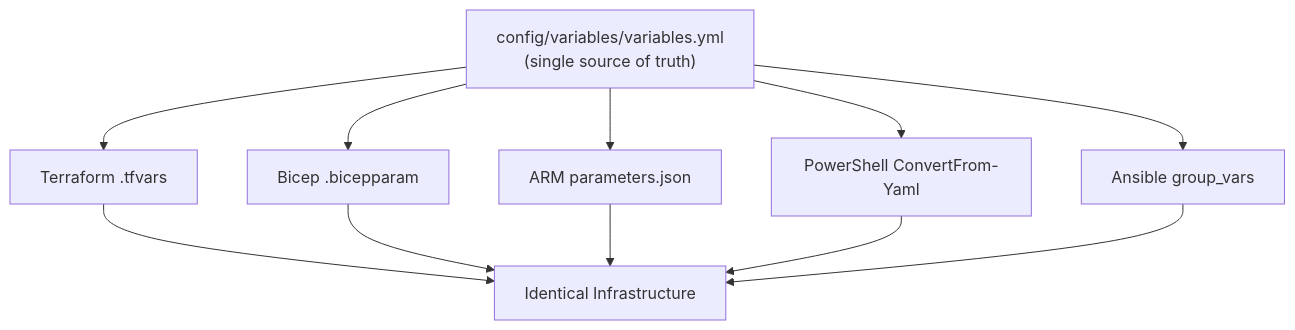
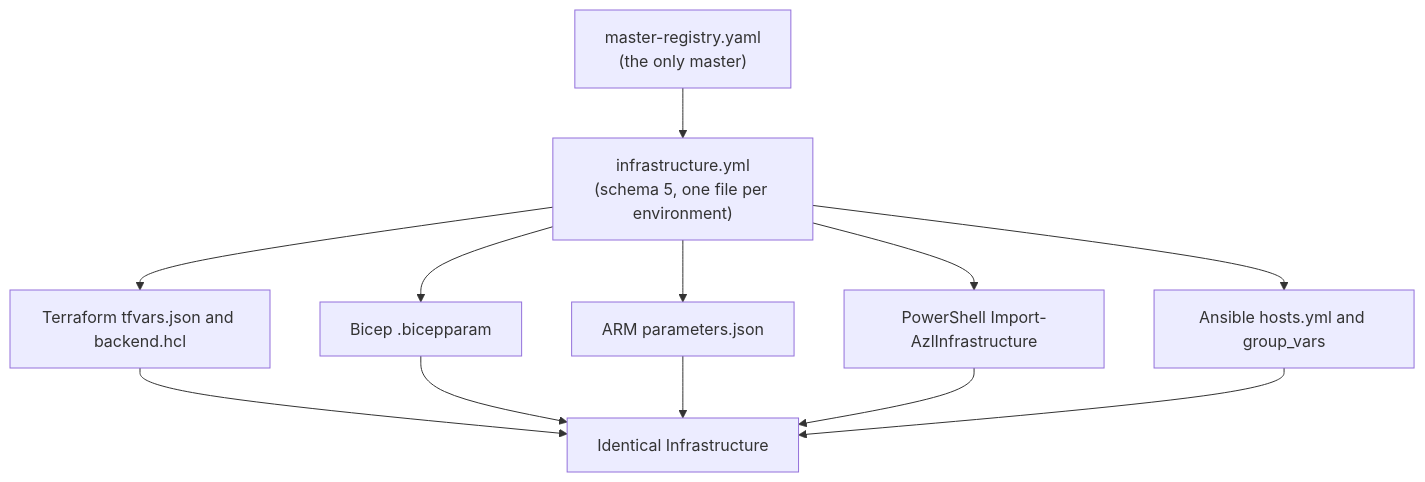
One commit to AzureLocal/azurelocal.github.io changed the diagram in standards/automation.mdx. Above: the diagram before and after it, drawn with Mermaid. The commit also changed other lines of this file and 171 other files, not shown here.

````diff
--- a/standards/automation.mdx
+++ b/standards/automation.mdx
@@ -17,13 +17,14 @@
 ```mermaid
 flowchart TB
-    A["config/variables/variables.yml<br/>(single source of truth)"] --> B[Terraform .tfvars]
+    R["master-registry.yaml<br/>(the only master)"] --> A["infrastructure.yml<br/>(schema 5, one file per environment)"]
+    A --> B[Terraform tfvars.json and backend.hcl]
     A --> C[Bicep .bicepparam]
     A --> D[ARM parameters.json]
-    A --> E[PowerShell ConvertFrom-Yaml]
-    A --> F[Ansible group_vars]
+    A --> E[PowerShell Import-AzlInfrastructure]
+    A --> F[Ansible hosts.yml and group_vars]
     B --> G[Identical Infrastructure]
     C --> G
     D --> G
     E --> G
     F --> G
 ```
````
